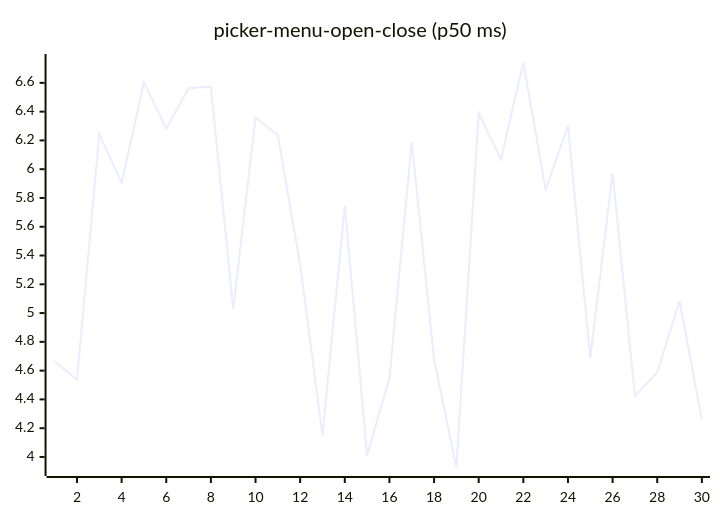
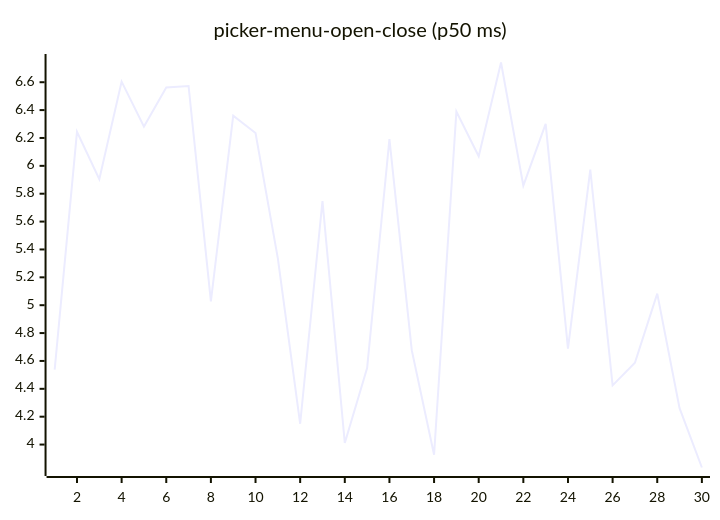
One commit to josha/Facet changed diagram 16 of 27 in README.md. Above: the diagram before and after it, drawn with Mermaid. The commit also changed other lines of this file and 2 other files, not shown here.

````diff
--- a/README.md
+++ b/README.md
@@ -168,6 +168,6 @@
 ```mermaid
 xychart-beta
     title "picker-menu-open-close (p50 ms)"
     x-axis 1 --> 30
-    line [4.6627, 4.5372, 6.2442, 5.9038, 6.6044, 6.2815, 6.5623, 6.5728, 5.0278, 6.3599, 6.2355, 5.3362, 4.1492, 5.7473, 4.0112, 4.5489, 6.1919, 4.6774, 3.9267, 6.3897, 6.0683, 6.7415, 5.8582, 6.3016, 4.6878, 5.9725, 4.4246, 4.5868, 5.0832, 4.2609]
+    line [4.5372, 6.2442, 5.9038, 6.6044, 6.2815, 6.5623, 6.5728, 5.0278, 6.3599, 6.2355, 5.3362, 4.1492, 5.7473, 4.0112, 4.5489, 6.1919, 4.6774, 3.9267, 6.3897, 6.0683, 6.7415, 5.8582, 6.3016, 4.6878, 5.9725, 4.4246, 4.5868, 5.0832, 4.2609, 3.8354]
 ```
````
